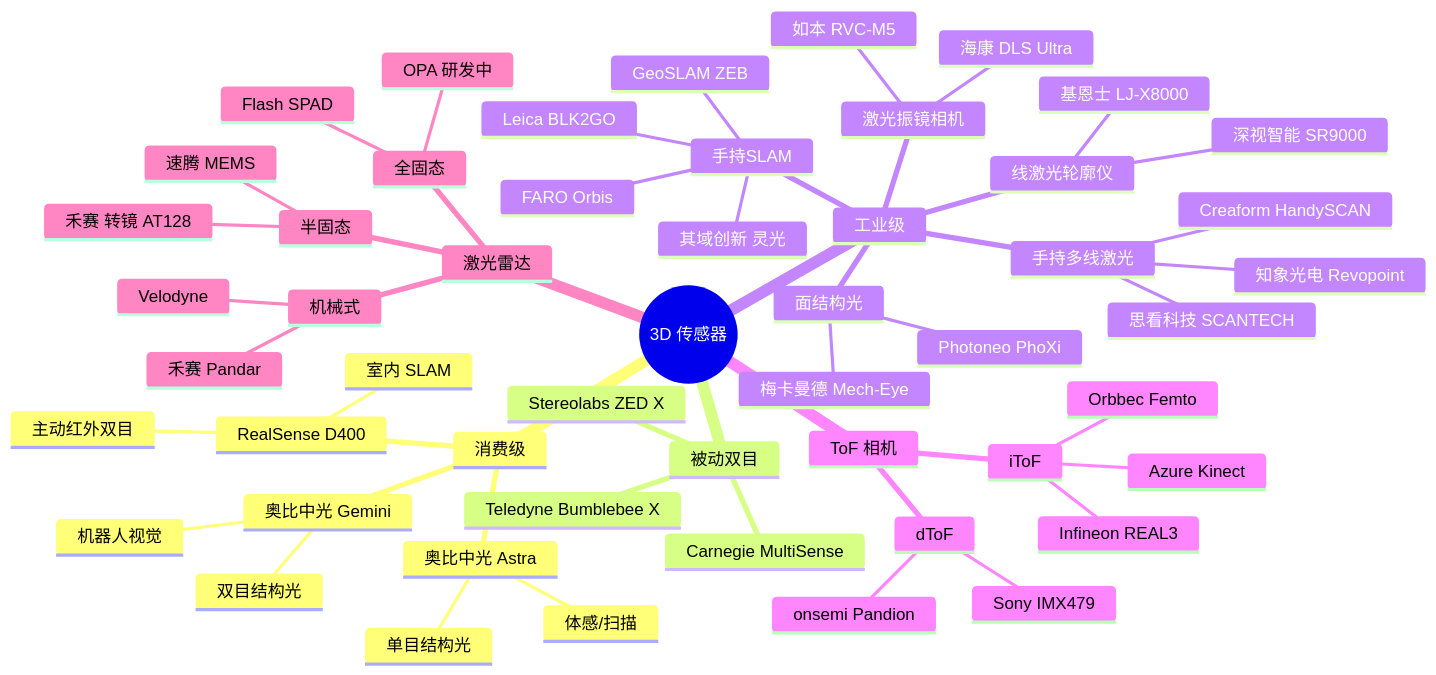
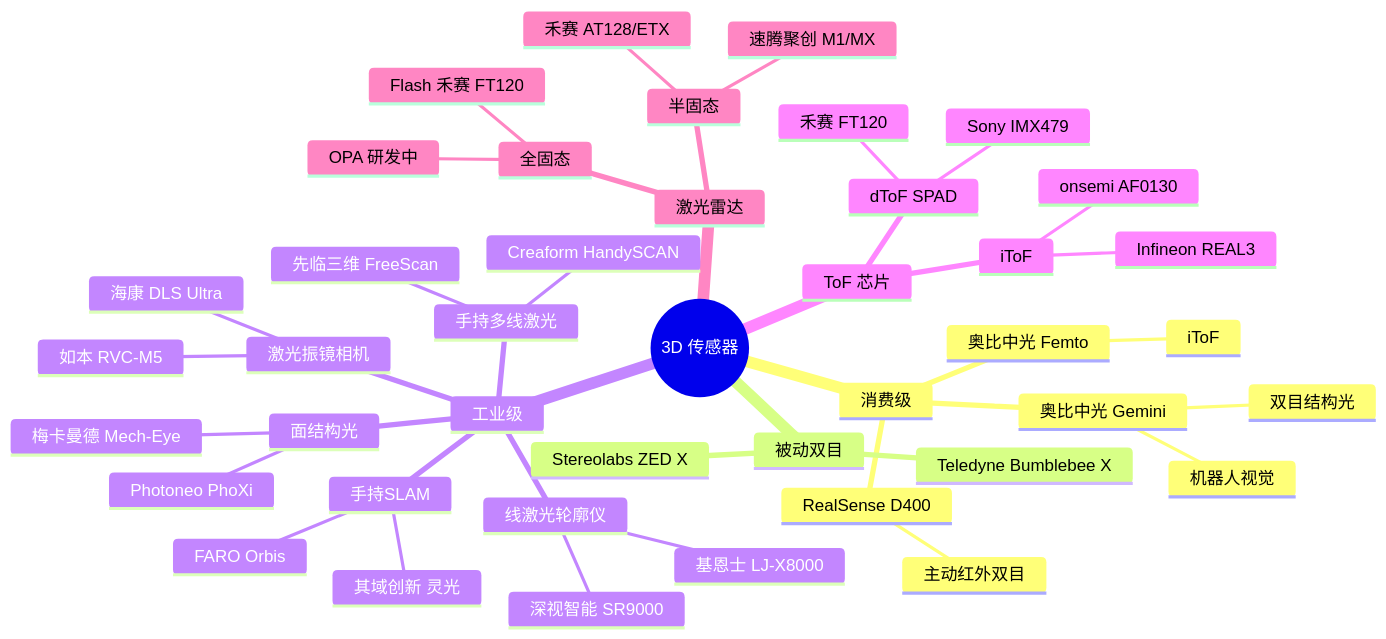
One commit to dull-bird/book_3d_cv changed the first of 3 diagrams in src/00_basics/07_3d_cameras.md. Above: the diagram before and after it, drawn with Mermaid. The commit also changed other lines of this file and 196 other files, not shown here.

````diff
--- a/src/00_basics/07_3d_cameras.md
+++ b/src/00_basics/07_3d_cameras.md
@@ -58,55 +58,45 @@
 ```mermaid
 mindmap
   root((3D 传感器))
     消费级
       RealSense D400
         主动红外双目
-        室内 SLAM
-      奥比中光 Astra
-        单目结构光
-        体感/扫描
       奥比中光 Gemini
         双目结构光
         机器人视觉
+      奥比中光 Femto
+        iToF
     被动双目
       Stereolabs ZED X
       Teledyne Bumblebee X
-      Carnegie MultiSense
     工业级
       线激光轮廓仪
         基恩士 LJ-X8000
         深视智能 SR9000
       面结构光
         Photoneo PhoXi
         梅卡曼德 Mech-Eye
       激光振镜相机
         海康 DLS Ultra
         如本 RVC-M5
       手持多线激光
         Creaform HandySCAN
-        知象光电 Revopoint
-        思看科技 SCANTECH
+        先临三维 FreeScan
       手持SLAM
-        GeoSLAM ZEB
         FARO Orbis
-        Leica BLK2GO
         其域创新 灵光
-    ToF 相机
+    ToF 芯片
       iToF
         Infineon REAL3
-        Azure Kinect
-        Orbbec Femto
-      dToF
+        onsemi AF0130
+      dToF SPAD
         Sony IMX479
-        onsemi Pandion
+        禾赛 FT120
     激光雷达
-      机械式
-        Velodyne
-        禾赛 Pandar
       半固态
-        速腾 MEMS
-        禾赛 转镜 AT128
+        禾赛 AT128/ETX
+        速腾聚创 M1/MX
       全固态
-        Flash SPAD
+        Flash 禾赛 FT120
         OPA 研发中
 ```
````
